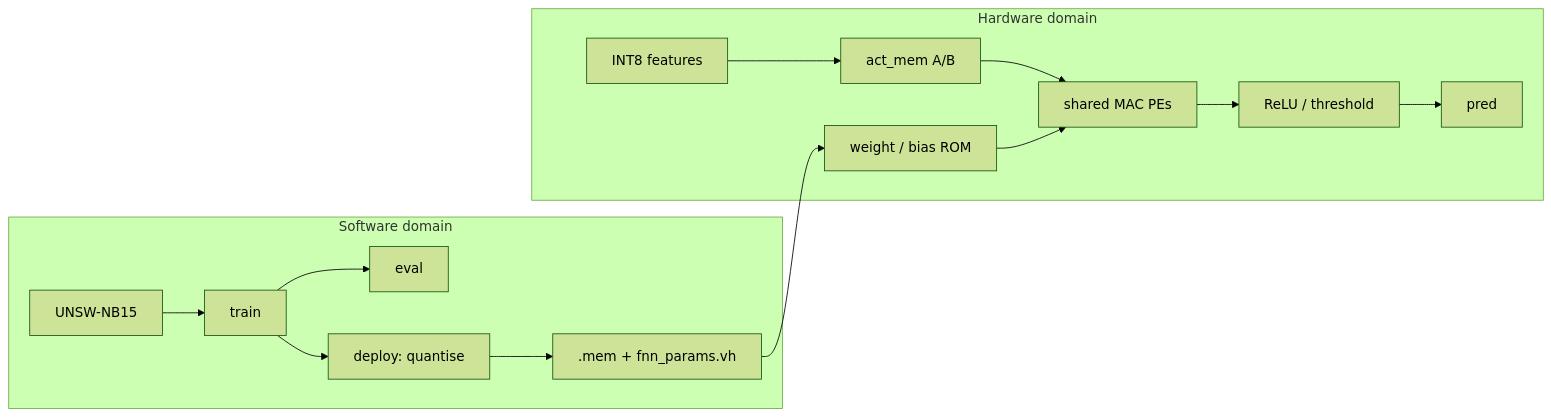
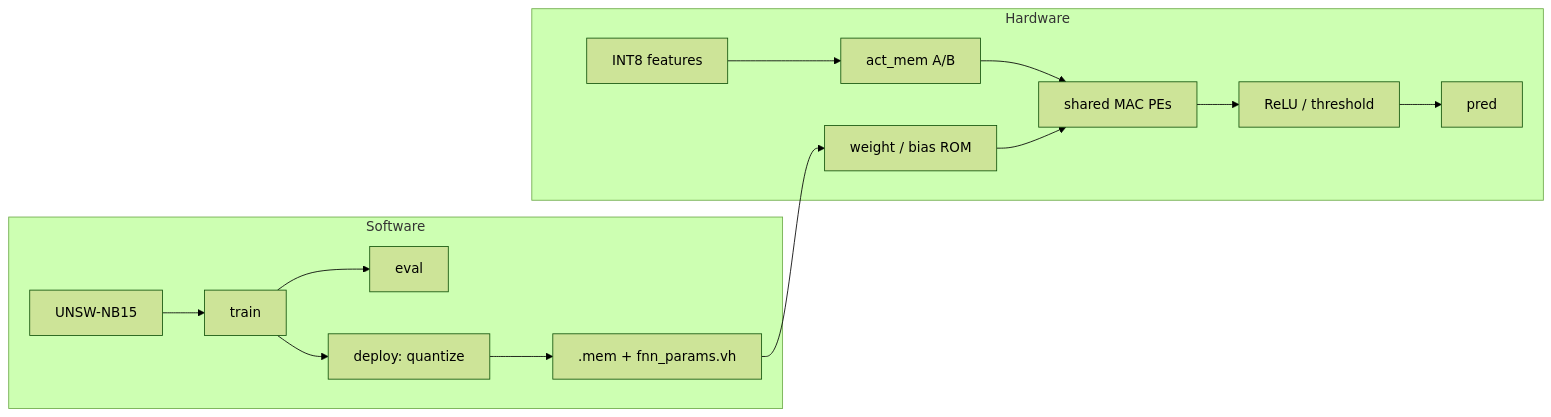
The first of 3 diagrams in docs/architecture.md (surajkarki66/FPGA-Accelerated-Network-Intrusion-Detection), drawn with Mermaid (forest theme) before and after one commit. The commit also changed other lines of this file and 7 other files, not shown here.

`````diff
--- a/docs/architecture.md
+++ b/docs/architecture.md
@@ -32,18 +21,18 @@
-```mermaid
+````mermaid
 flowchart LR
-  subgraph SW["Software domain"]
+  subgraph SW["Software"]
     D[UNSW-NB15] --> T[train]
     T --> E[eval]
-    T --> Q[deploy: quantise]
+    T --> Q[deploy: quantize]
     Q --> MEM[".mem + fnn_params.vh"]
   end
 
-  subgraph HW["Hardware domain"]
+  subgraph HW["Hardware"]
     MEM --> ROM[weight / bias ROM]
     F[INT8 features] --> ACT[act_mem A/B]
     ACT --> PE[shared MAC PEs]
     ROM --> PE
     PE --> OUT[ReLU / threshold]
     OUT --> P[pred]
   end
-```
+````
`````
